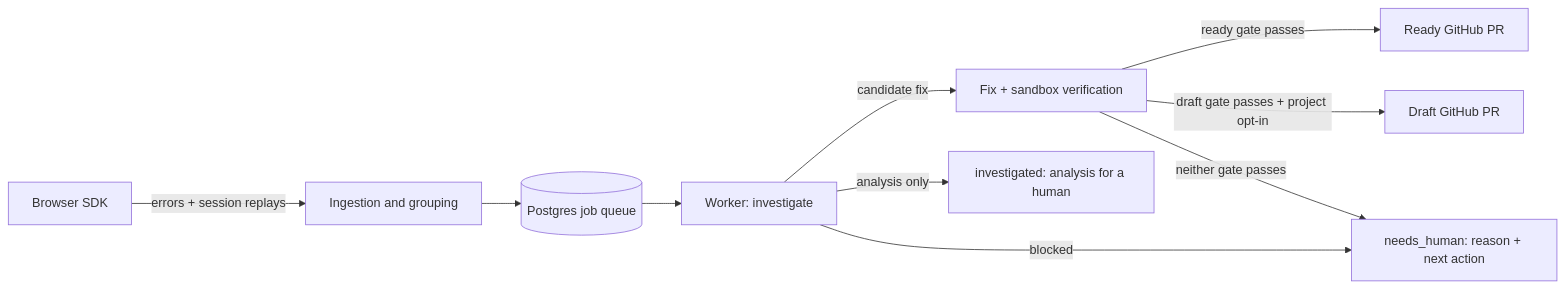
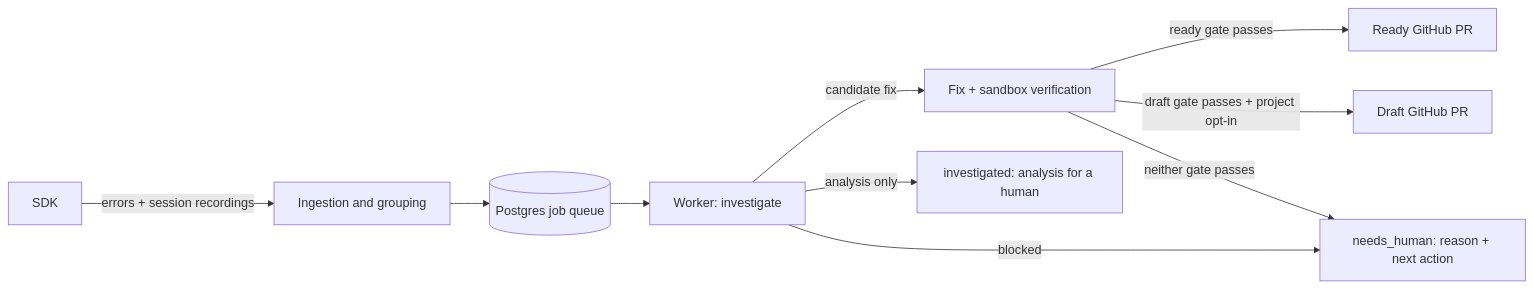
The diagram in README.md (opslane/opslane), drawn with Mermaid before and after one commit. The commit also changed other lines of this file, not shown here.

````diff
--- a/README.md
+++ b/README.md
@@ -36,12 +40,12 @@
 ```mermaid
 flowchart LR
-    A[Browser SDK] -->|errors + session replays| B[Ingestion and grouping]
+    A[SDK] -->|errors + session recordings| B[Ingestion and grouping]
     B --> C[(Postgres job queue)]
     C --> D[Worker: investigate]
     D -->|candidate fix| E[Fix + sandbox verification]
     D -->|analysis only| I[investigated: analysis for a human]
     D -->|blocked| H[needs_human: reason + next action]
     E -->|ready gate passes| F[Ready GitHub PR]
     E -->|draft gate passes + project opt-in| G[Draft GitHub PR]
     E -->|neither gate passes| H
 ```
````
